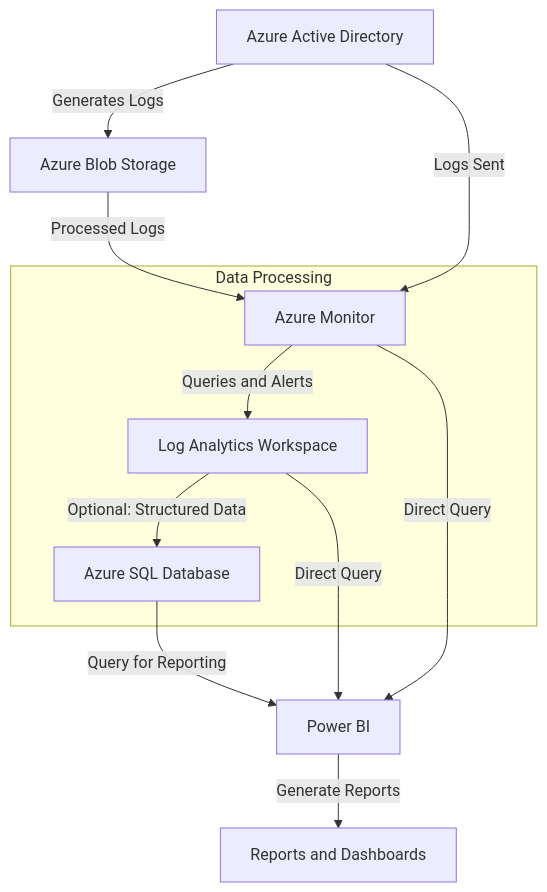
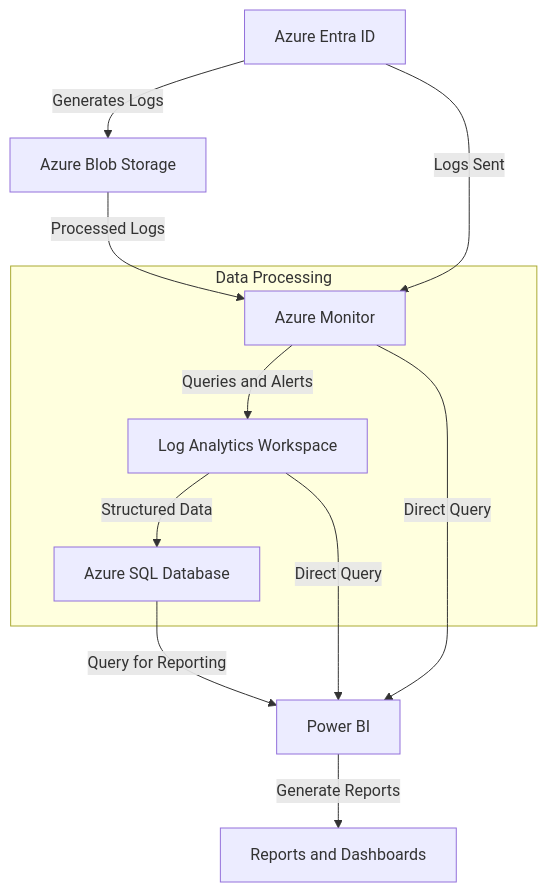
Before and after one commit to oigbokwe73/Data-Collection-Onprem-and-Azure-To-Power-Bi: the seventh of 7 diagrams in README.md, drawn with Mermaid. The commit also changed other lines of this file, not shown here.

````diff
--- a/README.md
+++ b/README.md
@@ -925,18 +925,18 @@
 ```mermaid
 graph TD;
-    AAD[Azure Active Directory] --> |Generates Logs| Storage[Azure Blob Storage];
+    AAD[Azure Entra ID] --> |Generates Logs| Storage[Azure Blob Storage];
     AAD --> |Logs Sent| Monitor[Azure Monitor];
     Storage --> |Processed Logs| Monitor[Azure Monitor];
     Monitor --> |Queries and Alerts| LogAnalytics[Log Analytics Workspace];
-    LogAnalytics --> |Optional: Structured Data| SQL[Azure SQL Database];
+    LogAnalytics --> |Structured Data| SQL[Azure SQL Database];
     SQL --> |Query for Reporting| PowerBI[Power BI];
     Monitor --> |Direct Query| PowerBI[Power BI];
     LogAnalytics --> |Direct Query| PowerBI[Power BI];
     PowerBI --> |Generate Reports| Report[Reports and Dashboards];
     
     subgraph Data Processing
         Monitor
         LogAnalytics
         SQL
     end
 ```
````
